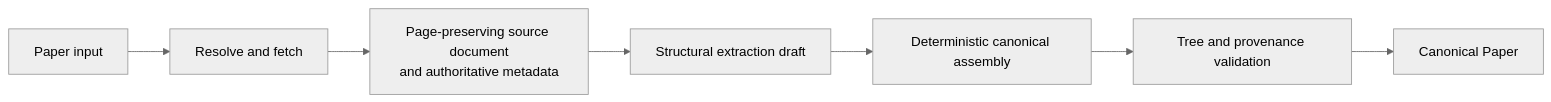
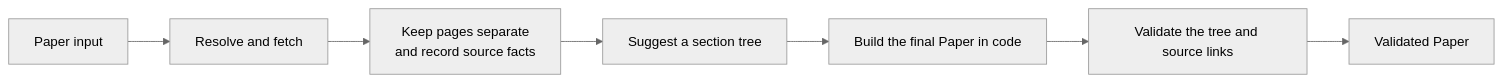
Before and after one commit to LLMQuant/quant-mind: the diagram in contexts/design/flow/paper.md, drawn with Mermaid (neutral theme). The commit also changed other lines of this file and 9 other files, not shown here.

````diff
--- a/contexts/design/flow/paper.md
+++ b/contexts/design/flow/paper.md
@@ -32,9 +32,9 @@
 ```mermaid
 flowchart LR
     input["Paper input"] --> resolve["Resolve and fetch"]
-    resolve --> source["Page-preserving source document<br/>and authoritative metadata"]
-    source --> draft["Structural extraction draft"]
-    draft --> assembly["Deterministic canonical assembly"]
-    assembly --> validate["Tree and provenance validation"]
-    validate --> paper["Canonical Paper"]
+    resolve --> source["Keep pages separate<br/>and record source facts"]
+    source --> draft["Suggest a section tree"]
+    draft --> assembly["Build the final Paper in code"]
+    assembly --> validate["Validate the tree and source links"]
+    validate --> paper["Validated Paper"]
 ```
````
